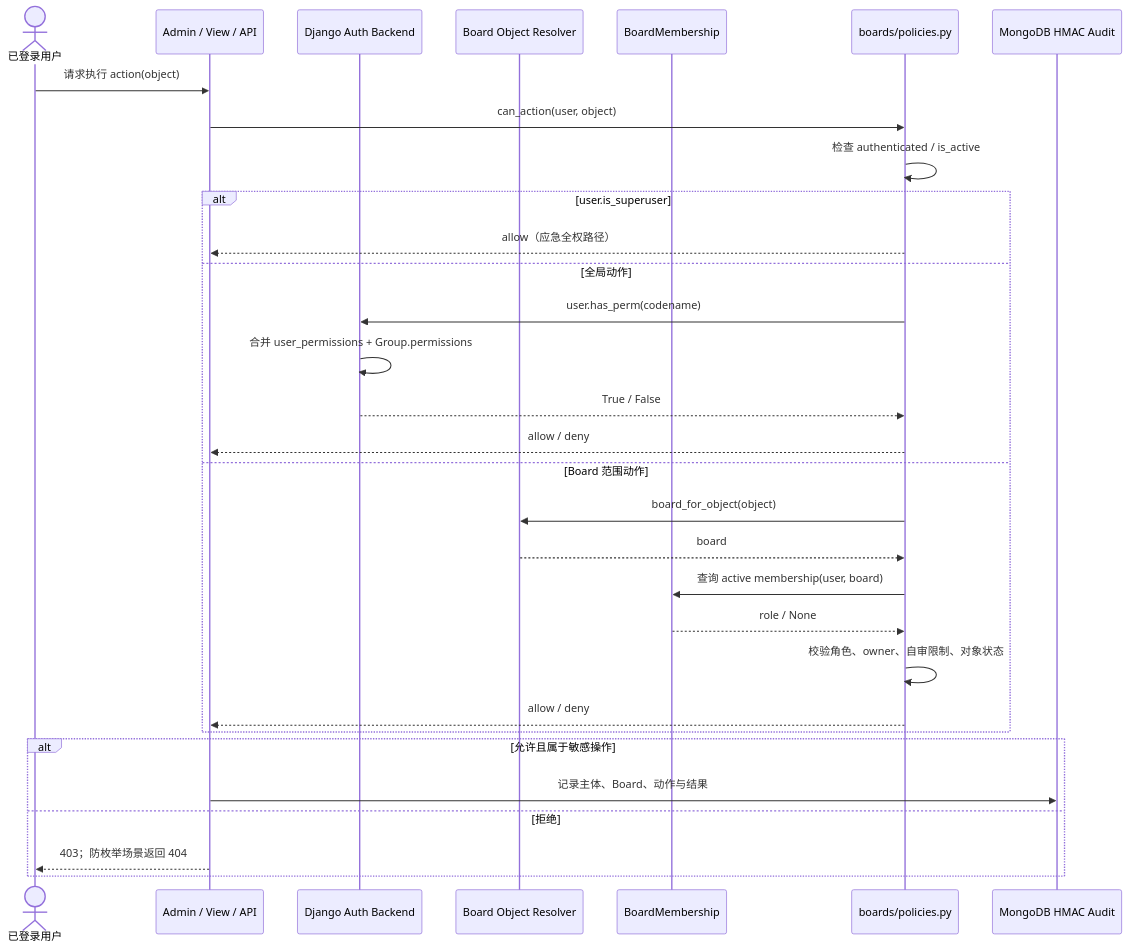
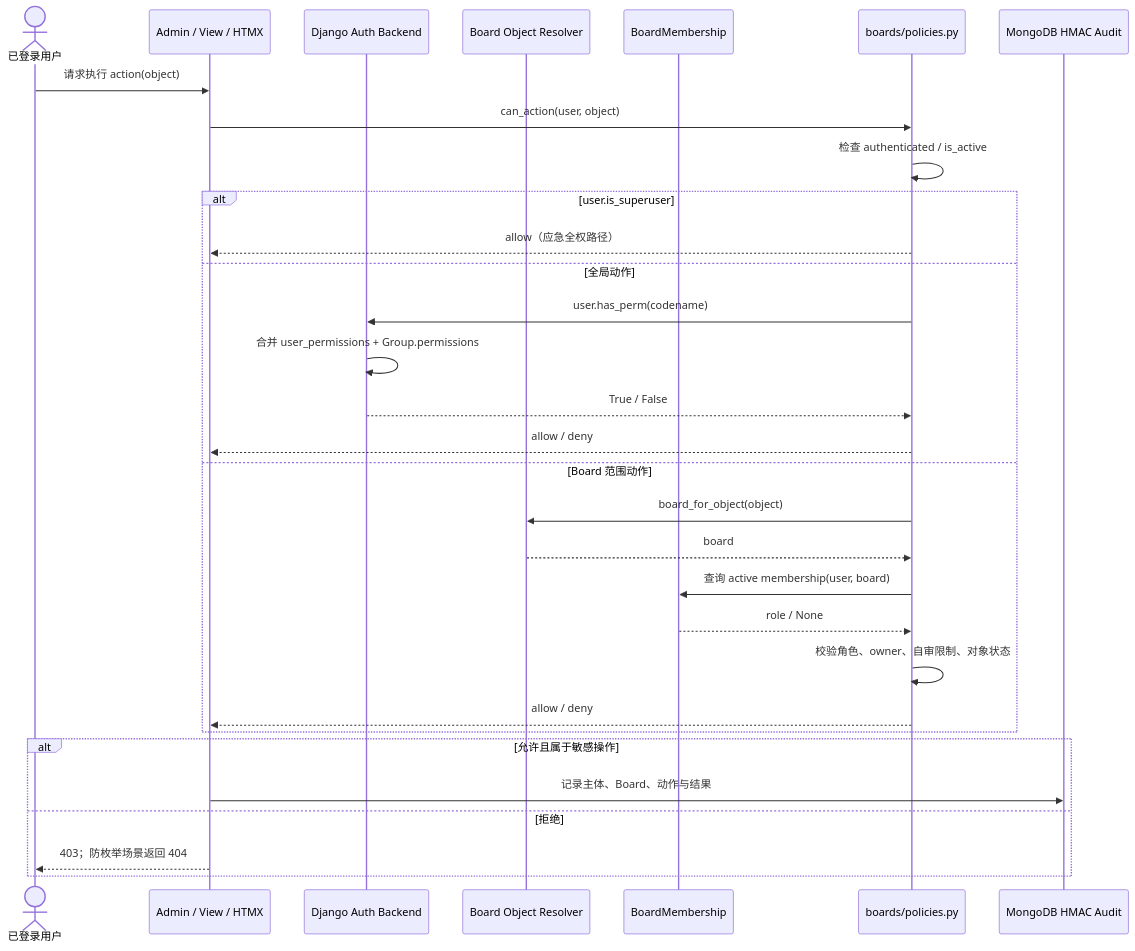
One commit to se-veN714/PowerAdapterBlogs changed the fourth of 6 diagrams in accounts/PERMISSIONS_GUIDE.md. Above: the diagram before and after it, drawn with Mermaid. The commit also changed other lines of this file and 18 other files, not shown here.

````diff
--- a/accounts/PERMISSIONS_GUIDE.md
+++ b/accounts/PERMISSIONS_GUIDE.md
@@ -279,34 +279,34 @@
 ```mermaid
 sequenceDiagram
     actor User as 已登录用户
-    participant Entry as Admin / View / API
+    participant Entry as Admin / View / HTMX
     participant Auth as Django Auth Backend
     participant Object as Board Object Resolver
     participant Member as BoardMembership
     participant Policy as boards/policies.py
     participant Audit as MongoDB HMAC Audit
 
     User->>Entry: 请求执行 action(object)
     Entry->>Policy: can_action(user, object)
     Policy->>Policy: 检查 authenticated / is_active
     alt user.is_superuser
         Policy-->>Entry: allow（应急全权路径）
     else 全局动作
         Policy->>Auth: user.has_perm(codename)
         Auth->>Auth: 合并 user_permissions + Group.permissions
         Auth-->>Policy: True / False
         Policy-->>Entry: allow / deny
     else Board 范围动作
         Policy->>Object: board_for_object(object)
         Object-->>Policy: board
         Policy->>Member: 查询 active membership(user, board)
         Member-->>Policy: role / None
         Policy->>Policy: 校验角色、owner、自审限制、对象状态
         Policy-->>Entry: allow / deny
     end
     alt 允许且属于敏感操作
         Entry->>Audit: 记录主体、Board、动作与结果
     else 拒绝
         Entry-->>User: 403；防枚举场景返回 404
     end
 ```
````
